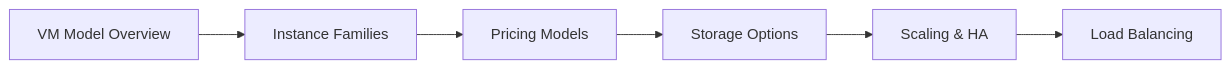
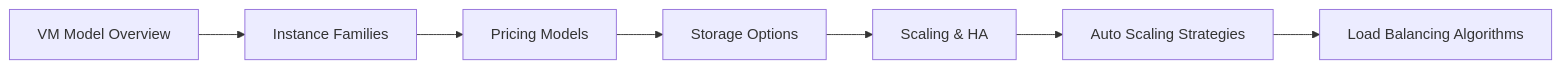
One commit to Raushan666java/ai-engineering-journey changed the first of 5 diagrams in docs/courses/cloud-computing/03-cloud-compute.md. Above: the diagram before and after it, drawn with Mermaid. The commit also changed other lines of this file and 62 other files, not shown here.

````diff
--- a/docs/courses/cloud-computing/03-cloud-compute.md
+++ b/docs/courses/cloud-computing/03-cloud-compute.md
@@ -30,8 +32,9 @@
 ```mermaid
 flowchart LR
     A[VM Model Overview] --> B[Instance Families]
     B --> C[Pricing Models]
     C --> D[Storage Options]
     D --> E[Scaling & HA]
-    E --> F[Load Balancing]
+    E --> F[Auto Scaling Strategies]
+    F --> G[Load Balancing Algorithms]
 ```
````
